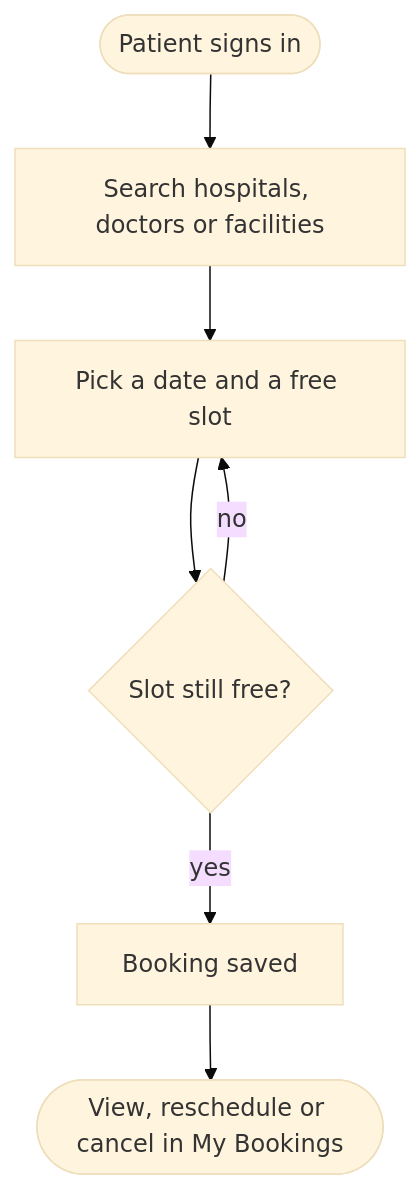
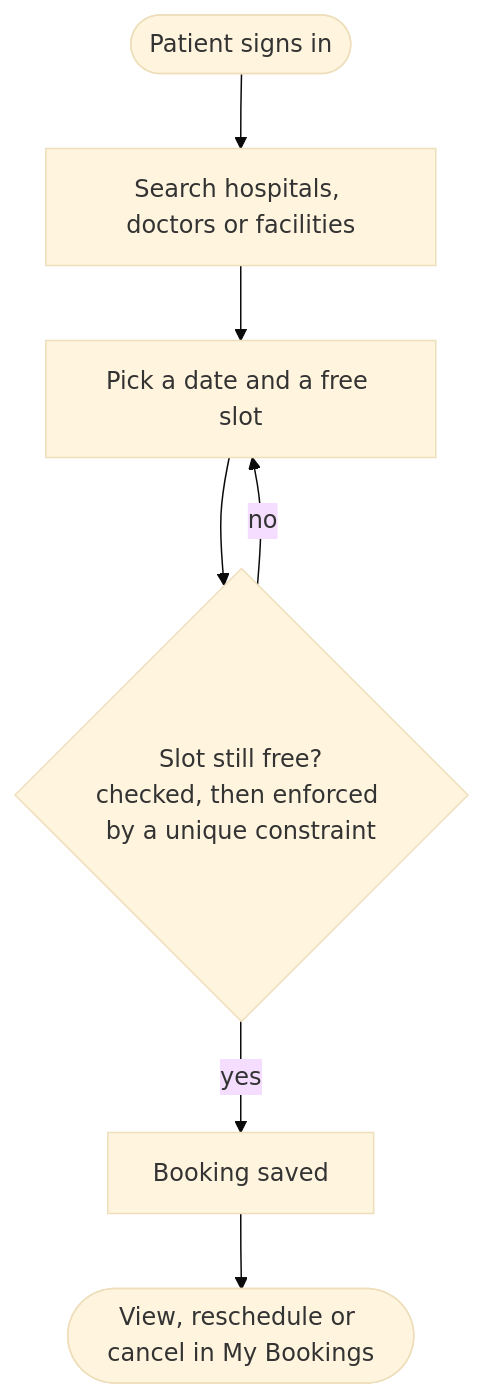
One commit to Faizan-Ali-code/Medical-Appointment-and-Facilities changed the diagram in README.md. Above: the diagram before and after it, drawn with Mermaid (base theme). The commit also changed other lines of this file and 57 other files, not shown here.

````diff
--- a/README.md
+++ b/README.md
@@ -16,9 +34,9 @@
 ```mermaid
 flowchart TD
     A([Patient signs in]) --> B[Search hospitals, doctors or facilities]
     B --> C[Pick a date and a free slot]
-    C --> D{Slot still free?}
+    C --> D{Slot still free?<br/>checked, then enforced by a unique constraint}
     D -- no --> C
     D -- yes --> E[Booking saved]
     E --> F([View, reschedule or cancel in My Bookings])
 ```
````
